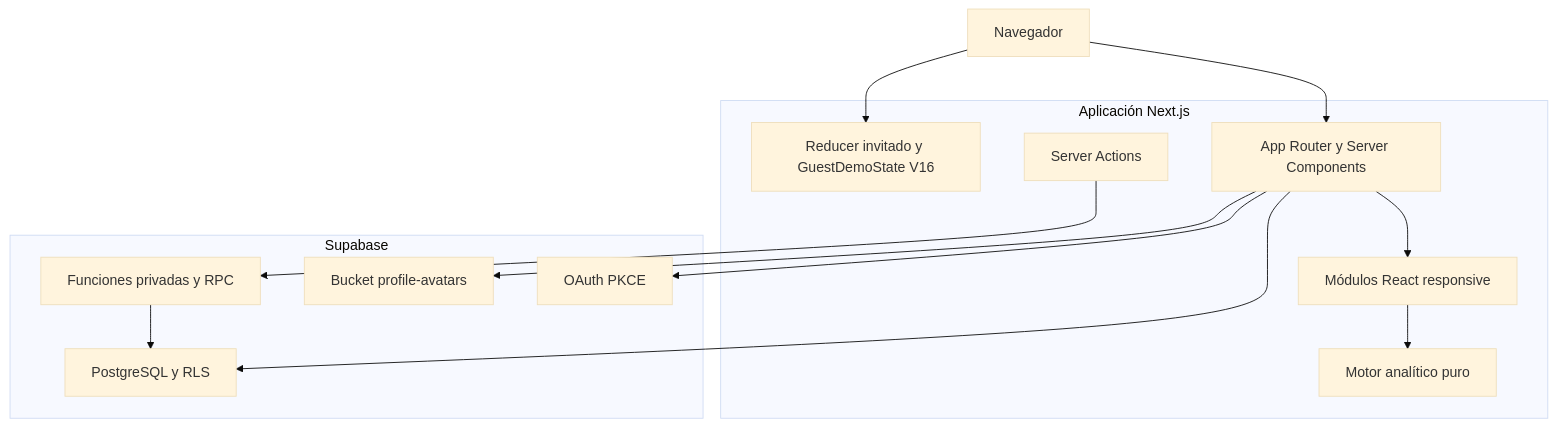
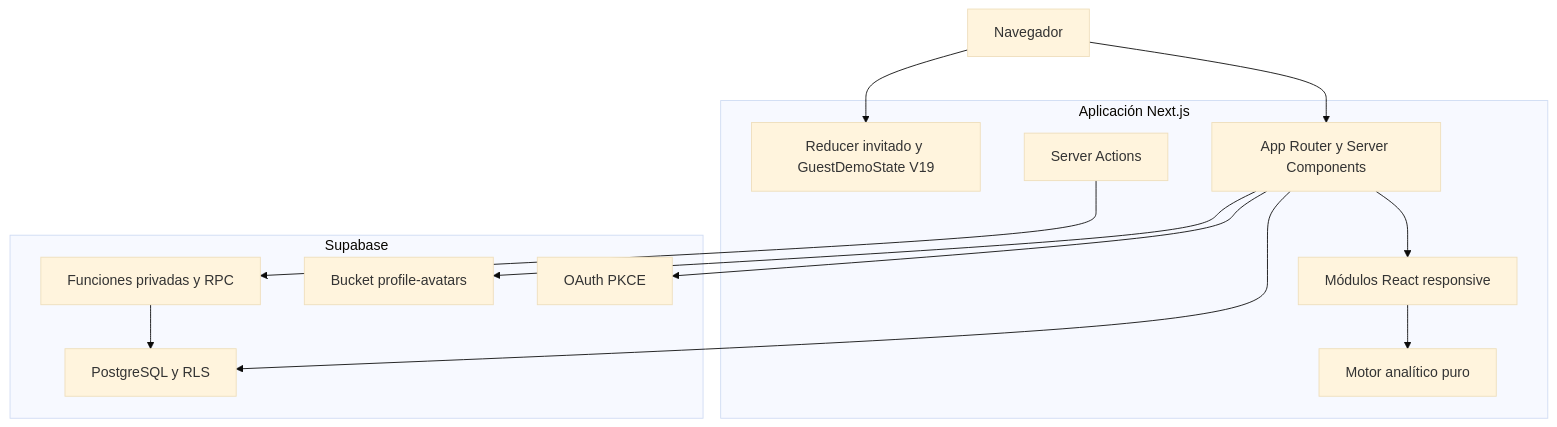
One commit to antoniojesusdelgado/management-platform-demo changed the second of 9 diagrams in docs/TECHNICAL-CASE-STUDY.md. Above: the diagram before and after it, drawn with Mermaid (base theme). The commit also changed other lines of this file and 21 other files, not shown here.

````diff
--- a/docs/TECHNICAL-CASE-STUDY.md
+++ b/docs/TECHNICAL-CASE-STUDY.md
@@ -77,26 +83,26 @@
 ```mermaid
 flowchart TB
   browser["Navegador"]
   subgraph next["Aplicación Next.js"]
     routes["App Router y Server Components"]
     actions["Server Actions"]
-    guest["Reducer invitado y GuestDemoState V16"]
+    guest["Reducer invitado y GuestDemoState V19"]
     analytics["Motor analítico puro"]
     ui["Módulos React responsive"]
   end
   subgraph supabase["Supabase"]
     auth["OAuth PKCE"]
     postgres["PostgreSQL y RLS"]
     rpc["Funciones privadas y RPC"]
     storage["Bucket profile-avatars"]
   end
   browser --> routes
   browser --> guest
   routes --> ui
   ui --> analytics
   routes --> postgres
   actions --> rpc
   rpc --> postgres
   routes --> auth
   routes --> storage
 ```
````
